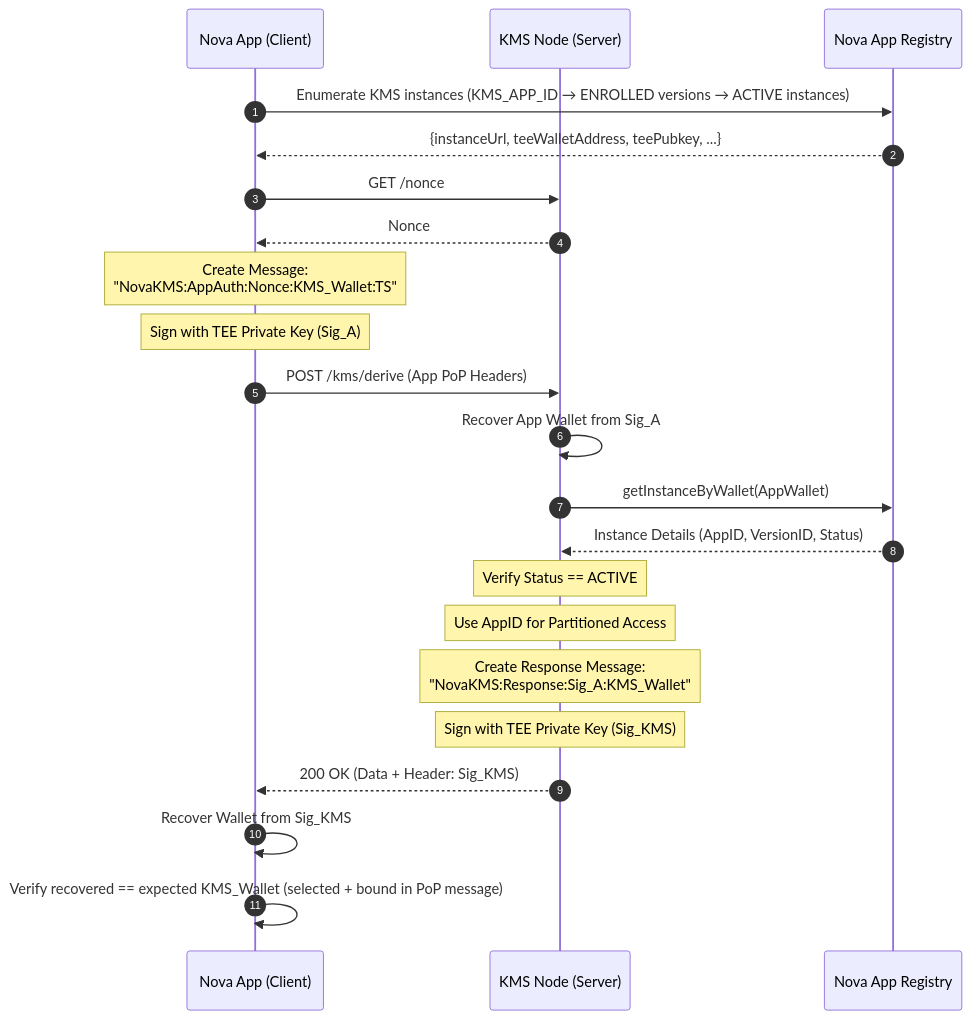
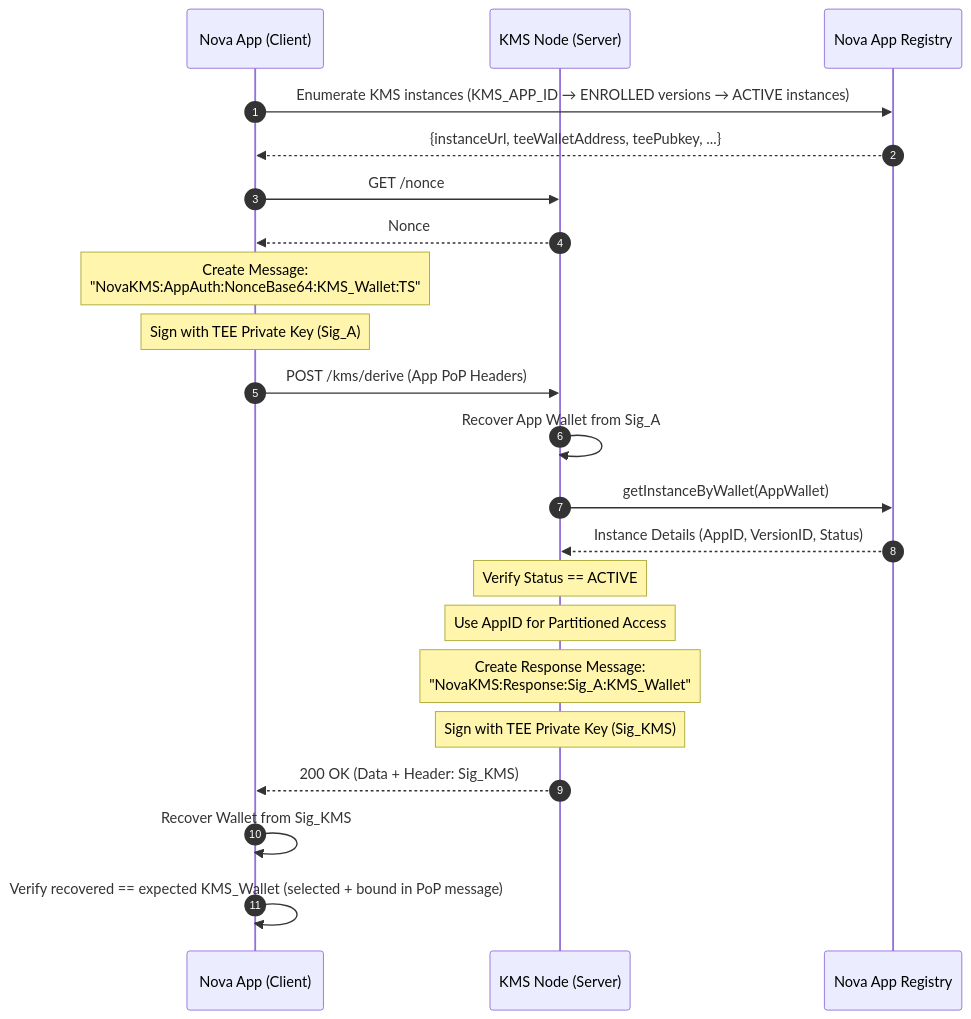
Before and after one commit to sparsity-xyz/nova-kms: the fifth of 5 diagrams in docs/kms-core-workflows.md, drawn with Mermaid. The commit also changed other lines of this file and 1 other file, not shown here.

````diff
--- a/docs/kms-core-workflows.md
+++ b/docs/kms-core-workflows.md
@@ -284,33 +284,33 @@
 ```mermaid
 sequenceDiagram
     autonumber
     participant App as Nova App (Client)
     participant KMS as KMS Node (Server)
     participant AppReg as Nova App Registry
 
     App->>AppReg: Enumerate KMS instances (KMS_APP_ID → ENROLLED versions → ACTIVE instances)
     AppReg-->>App: {instanceUrl, teeWalletAddress, teePubkey, ...}
     
     App->>KMS: GET /nonce
     KMS-->>App: Nonce
     
-    Note over App: Create Message:<br/>"NovaKMS:AppAuth:Nonce:KMS_Wallet:TS"
+    Note over App: Create Message:<br/>"NovaKMS:AppAuth:NonceBase64:KMS_Wallet:TS"
     Note over App: Sign with TEE Private Key (Sig_A)
     
     App->>KMS: POST /kms/derive (App PoP Headers)
     
     KMS->>KMS: Recover App Wallet from Sig_A
     KMS->>AppReg: getInstanceByWallet(AppWallet)
     AppReg-->>KMS: Instance Details (AppID, VersionID, Status)
     
     Note over KMS: Verify Status == ACTIVE
     Note over KMS: Use AppID for Partitioned Access
     
     Note over KMS: Create Response Message:<br/>"NovaKMS:Response:Sig_A:KMS_Wallet"
     Note over KMS: Sign with TEE Private Key (Sig_KMS)
 
     KMS-->>App: 200 OK (Data + Header: Sig_KMS)
     
     App->>App: Recover Wallet from Sig_KMS
     App->>App: Verify recovered == expected KMS_Wallet (selected + bound in PoP message)
 ```
````
